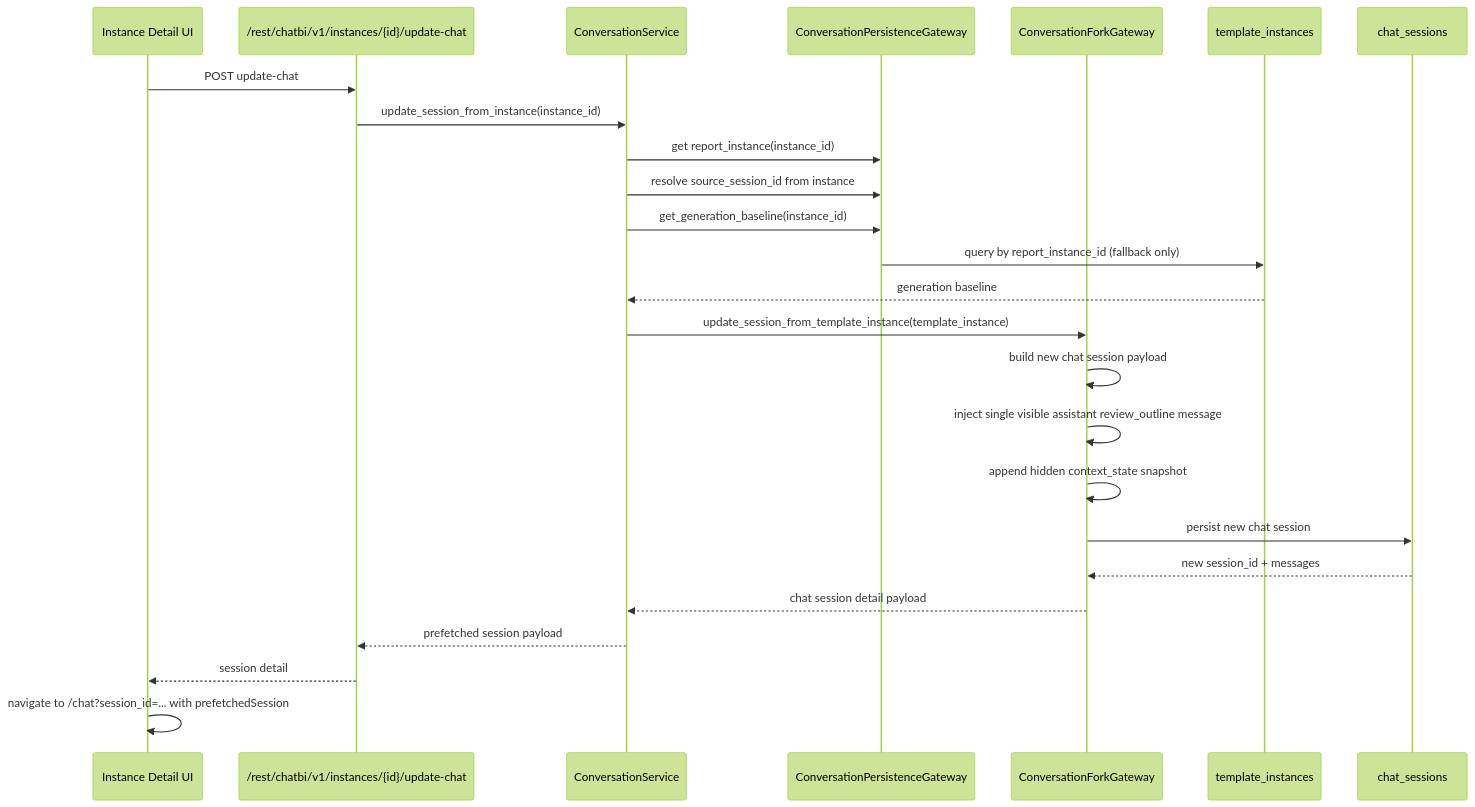
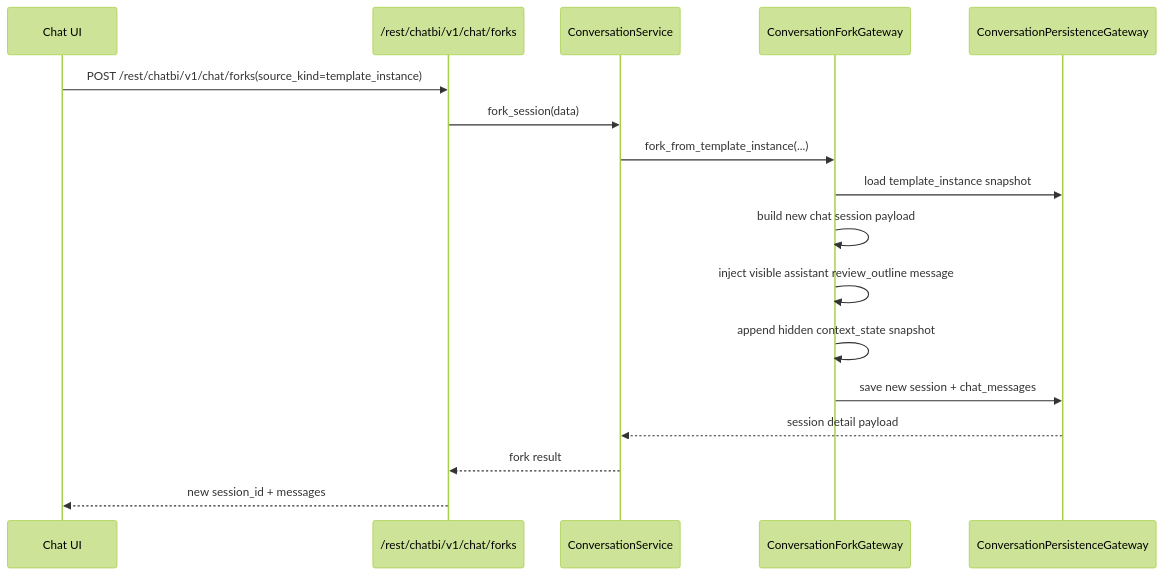
The third of 3 diagrams in design/implementation/runtime_sequences.md (shel447/ReportSystem), drawn with Mermaid (forest theme) before and after one commit. The commit also changed other lines of this file and 15 other files, not shown here.

````diff
--- a/design/implementation/runtime_sequences.md
+++ b/design/implementation/runtime_sequences.md
@@ -120,28 +94,20 @@
 ```mermaid
 sequenceDiagram
-    participant UI as Instance Detail UI
-    participant API as /rest/chatbi/v1/instances/{id}/update-chat
+    participant UI as Chat UI
+    participant API as /rest/chatbi/v1/chat/forks
     participant Conv as ConversationService
+    participant Fork as ConversationForkGateway
     participant Persist as ConversationPersistenceGateway
-    participant Fork as ConversationForkGateway
-    participant Baseline as template_instances
-    participant SessionRepo as chat_sessions
 
-    UI->>API: POST update-chat
-    API->>Conv: update_session_from_instance(instance_id)
-    Conv->>Persist: get report_instance(instance_id)
-    Conv->>Persist: resolve source_session_id from instance
-    Conv->>Persist: get_generation_baseline(instance_id)
-    Persist->>Baseline: query by report_instance_id (fallback only)
-    Baseline-->>Conv: generation baseline
-    Conv->>Fork: update_session_from_template_instance(template_instance)
+    UI->>API: POST /rest/chatbi/v1/chat/forks(source_kind=template_instance)
+    API->>Conv: fork_session(data)
+    Conv->>Fork: fork_from_template_instance(...)
+    Fork->>Persist: load template_instance snapshot
     Fork->>Fork: build new chat session payload
-    Fork->>Fork: inject single visible assistant review_outline message
+    Fork->>Fork: inject visible assistant review_outline message
     Fork->>Fork: append hidden context_state snapshot
-    Fork->>SessionRepo: persist new chat session
-    SessionRepo-->>Fork: new session_id + messages
-    Fork-->>Conv: chat session detail payload
-    Conv-->>API: prefetched session payload
-    API-->>UI: session detail
-    UI->>UI: navigate to /chat?session_id=... with prefetchedSession
+    Fork->>Persist: save new session + chat_messages
+    Persist-->>Conv: session detail payload
+    Conv-->>API: fork result
+    API-->>UI: new session_id + messages
 ```
````
